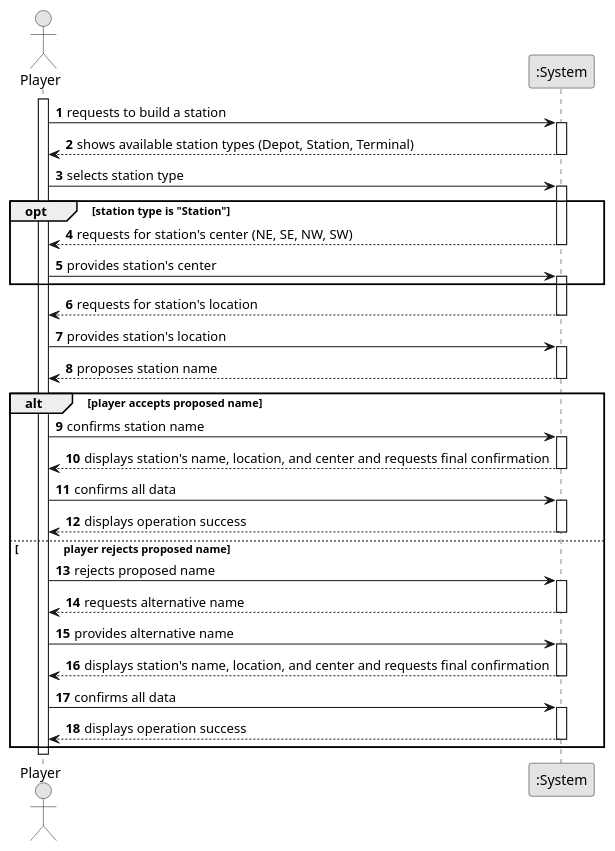
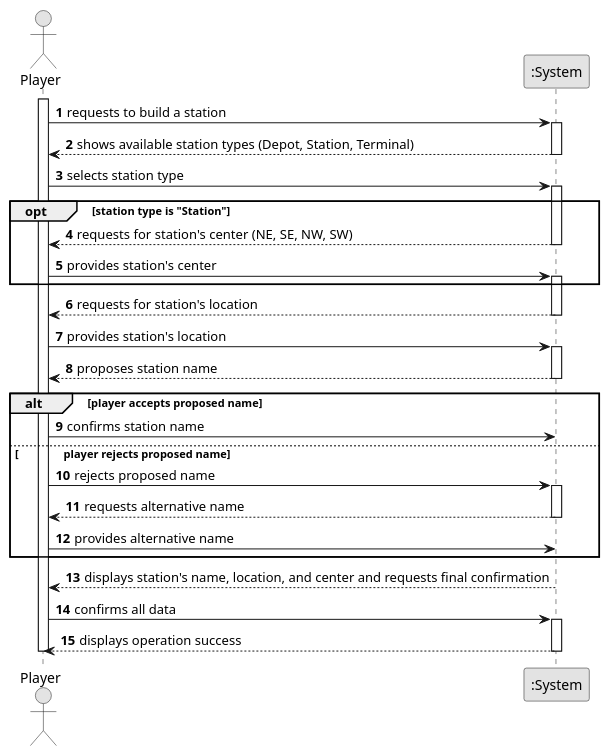
Before and after one commit to Educ00/mdisc-2425: the diagram in docs/system-documentation/sprint 2/US05/01.requirements-engineering/puml/US005-SSD.puml, drawn with PlantUML. The commit also changed 8 other files, not shown here.

Commit message:
First version of US05 Design after long work. Tomorrow still a lot of revisions to be done, specially to the system flow on the overbuild and the other verifications.

```diff
--- a/docs/system-documentation/sprint 2/US05/01.requirements-engineering/puml/US005-SSD.puml
+++ b/docs/system-documentation/sprint 2/US05/01.requirements-engineering/puml/US005-SSD.puml
@@ -1,74 +1,63 @@
 @startuml
-skinparam monochrome true
-skinparam packageStyle rectangle
-skinparam shadowing false
+     skinparam monochrome true
+     skinparam packageStyle rectangle
+     skinparam shadowing false
 
-autonumber
+     autonumber
 
-actor "Player" as Player
-participant ":System" as System
+     actor "Player" as Player
+     participant ":System" as System
 
-activate Player
+     activate Player
 
-    Player -> System : requests to build a station
-    activate System
+         Player -> System : requests to build a station
+         activate System
 
-        System --> Player : shows available station types (Depot, Station, Terminal)
-    deactivate System
+             System --> Player : shows available station types (Depot, Station, Terminal)
+         deactivate System
 
-    Player -> System : selects station type
-    activate System
+         Player -> System : selects station type
+         activate System
 
-        opt station type is "Station"
-            System --> Player : requests for station's center (NE, SE, NW, SW)
-            deactivate System
+             opt station type is "Station"
+                 System --> Player : requests for station's center (NE, SE, NW, SW)
+                 deactivate System
 
-            Player -> System : provides station's center
-            activate System
-        end
+                 Player -> System : provides station's center
+                 activate System
+             end
 
-        System --> Player : requests for station's location
-    deactivate System
+             System --> Player : requests for station's location
+         deactivate System
 
-    Player -> System : provides station's location
-    activate System
+         Player -> System : provides station's location
+         activate System
 
-        System --> Player : proposes station name
-    deactivate System
+             System --> Player : proposes station name
+         deactivate System
 
-    alt player accepts proposed name
-        Player -> System : confirms station name
-        activate System
+         alt player accepts proposed name
+             Player -> System : confirms station name
+         else \t \t player rejects proposed name
+             Player -> System : rejects proposed name
+             activate System
 
-            System --> Player : displays station's name, location, and center and requests final confirmation
-        deactivate System
+                 System --> Player : requests alternative name
+             deactivate System
 
-        Player -> System : confirms all data
-        activate System
+             Player -> System : provides alternative name
+         end
 
-            System --> Player : displays operation success
-        deactivate System
+         activate System
 
-     else \t \t player rejects proposed name
+             System --> Player : displays station's name, location, and center and requests final confirmation
+         deactivate System
 
-        Player -> System : rejects proposed name
-        activate System
+         Player -> System : confirms all data
+         activate System
 
-            System --> Player : requests alternative name
-        deactivate System
+             System --> Player : displays operation success
+         deactivate System
 
-        Player -> System : provides alternative name
-        activate System
-
-            System --> Player : displays station's name, location, and center and requests final confirmation
-        deactivate System
-
-        Player -> System : confirms all data
-        activate System
-
-            System --> Player : displays operation success
-        deactivate System
-    end
-
-deactivate Player
-@enduml
+     deactivate Player
+     @enduml
```
